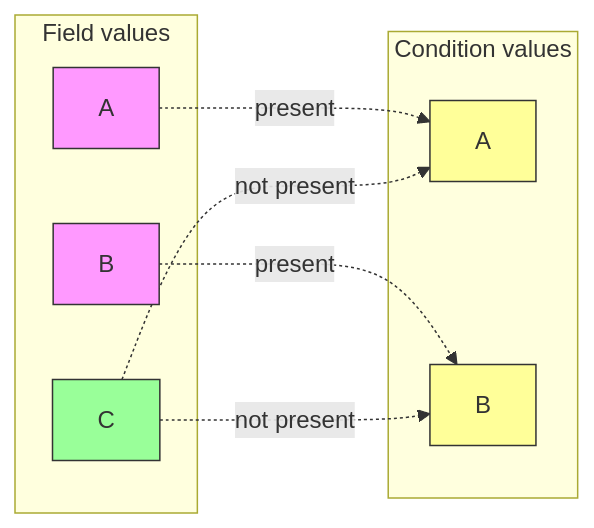
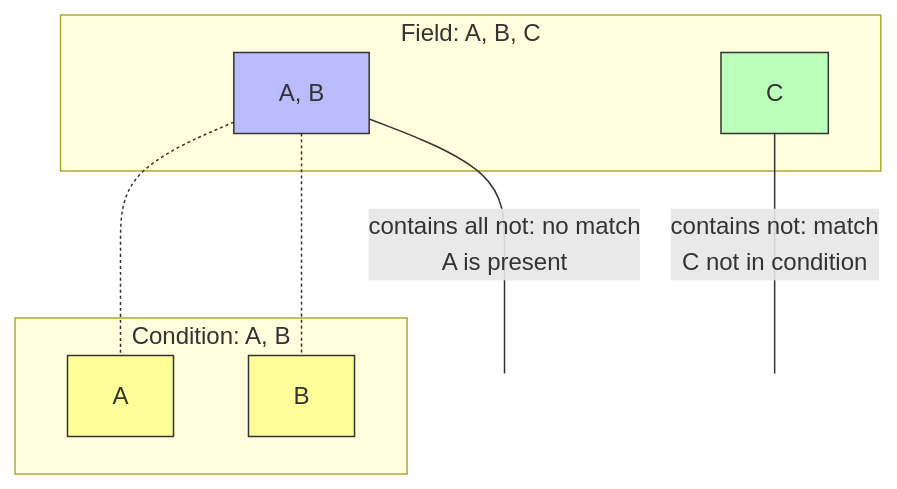
One commit to zammad/zammad-admin-documentation changed the diagram in system/core-workflows/condition-operators.rst. Above: the diagram before and after it, drawn with Mermaid. The commit also changed other lines of this file and 1 other file, not shown here.

First line of the commit message:
docs: improve multi-select operator examples and diagram

```diff
--- a/system/core-workflows/condition-operators.rst
+++ b/system/core-workflows/condition-operators.rst
@@ -132,22 +157,22 @@
 .. mermaid::
 
-   graph LR
-      subgraph Field values
-         A["A"]
-         B["B"]
-         C["C"]
+   graph TB
+      subgraph field["Field: A, B, C"]
+         both["A, B"]
+         only_field["C"]
       end
-      subgraph Condition values
-         CA["A"]
-         CB["B"]
+      subgraph condition["Condition: A, B"]
+         cond_a["A"]
+         cond_b["B"]
       end
-      A -.->|present| CA
-      B -.->|present| CB
-      C -.->|not present| CA
-      C -.->|not present| CB
+      both -.- cond_a
+      both -.- cond_b
+      only_field ---|"contains not: match<br/>C not in condition"| note1[" "]
+      both ---|"contains all not: no match<br/>A is present"| note2[" "]
 
-   style A fill:#f9f,stroke:#333
-   style B fill:#f9f,stroke:#333
-   style C fill:#9f9,stroke:#333
-   style CA fill:#ff9,stroke:#333
-   style CB fill:#ff9,stroke:#333
+   style both fill:#bbf,stroke:#333
+   style only_field fill:#bfb,stroke:#333
+   style cond_a fill:#ff9,stroke:#333
+   style cond_b fill:#ff9,stroke:#333
+   style note1 fill:none,stroke:none
+   style note2 fill:none,stroke:none
```
